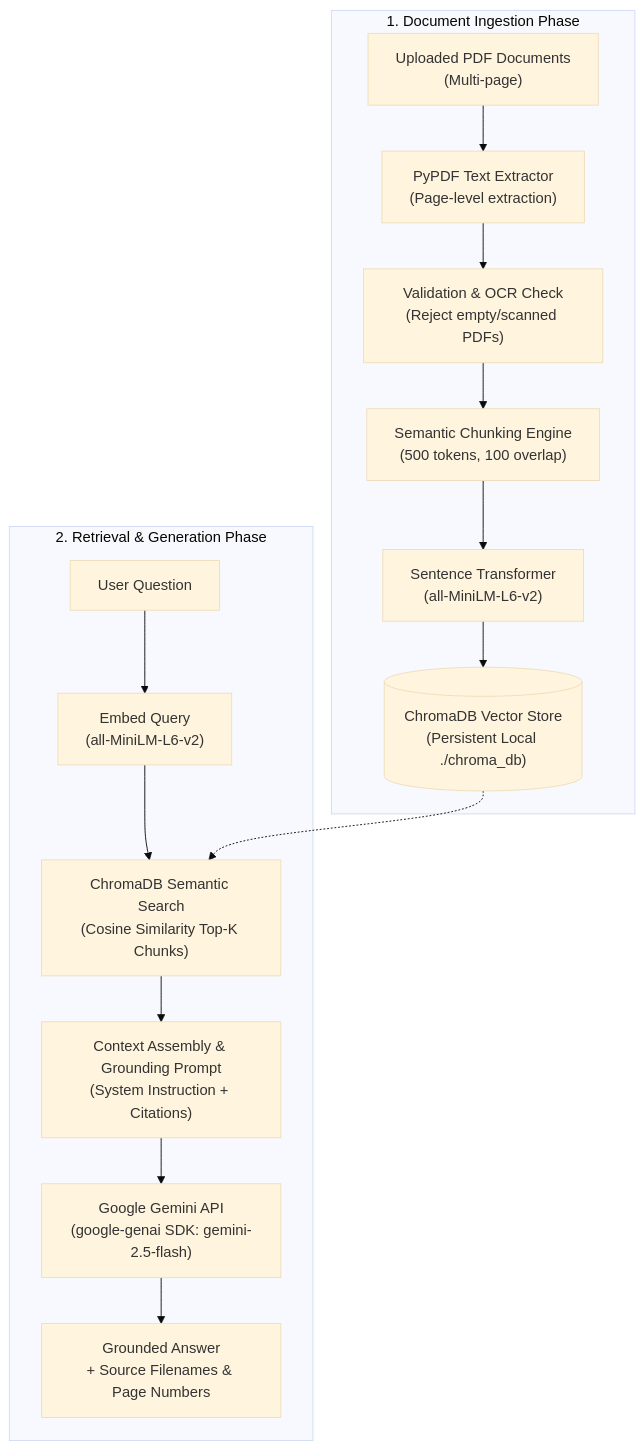
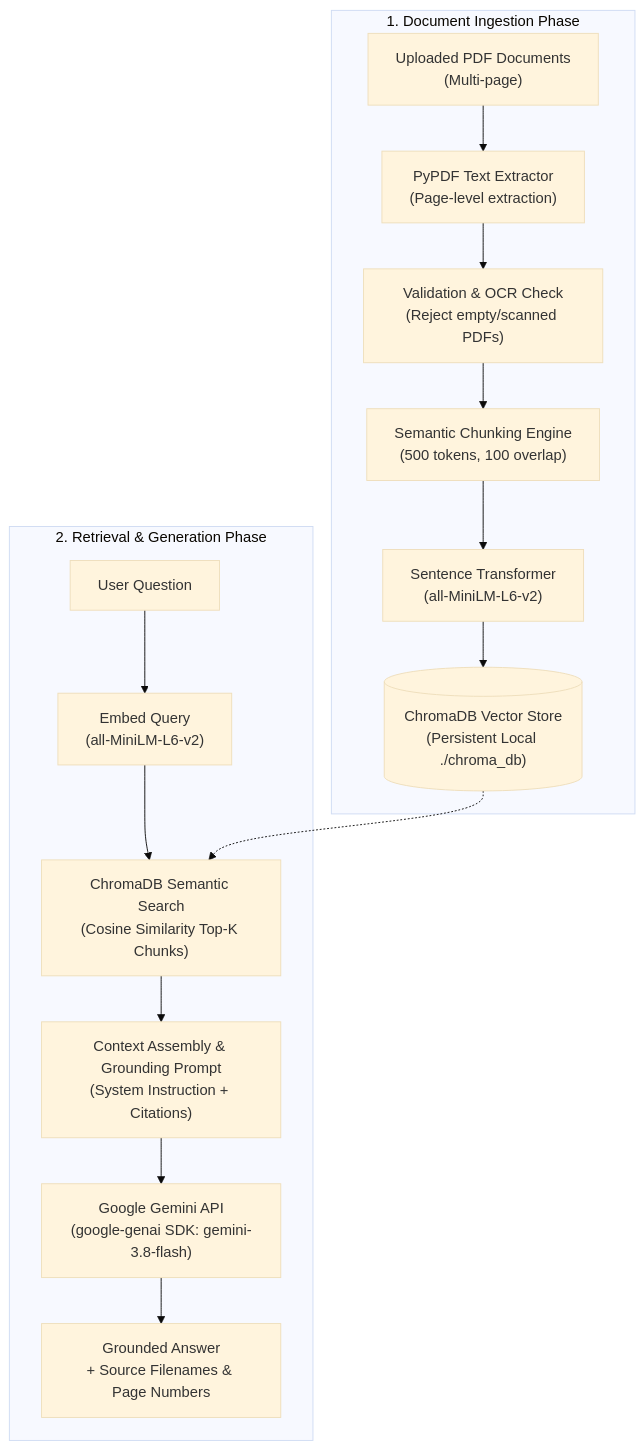
The diagram in README.md (lohithmallimpalli/RAG-Document-Chatbot), drawn with Mermaid (base theme) before and after one commit. The commit also changed other lines of this file and 3 other files, not shown here.

Commit message:
Update default Gemini model to gemini-3.8-flash with enhanced retry resilience

````diff
--- a/README.md
+++ b/README.md
@@ -76,19 +76,19 @@
 ```mermaid
 flowchart TD
     subgraph INGESTION["1. Document Ingestion Phase"]
         PDF["Uploaded PDF Documents\n(Multi-page)"] --> EXTRACT["PyPDF Text Extractor\n(Page-level extraction)"]
         EXTRACT --> VALIDATE["Validation & OCR Check\n(Reject empty/scanned PDFs)"]
         VALIDATE --> CHUNK["Semantic Chunking Engine\n(500 tokens, 100 overlap)"]
         CHUNK --> EMBED["Sentence Transformer\n(all-MiniLM-L6-v2)"]
         EMBED --> CHROMA[("ChromaDB Vector Store\n(Persistent Local ./chroma_db)")]
     end
 
     subgraph QUERY["2. Retrieval & Generation Phase"]
         USER_Q["User Question"] --> Q_EMBED["Embed Query\n(all-MiniLM-L6-v2)"]
         Q_EMBED --> RETRIEVE["ChromaDB Semantic Search\n(Cosine Similarity Top-K Chunks)"]
         CHROMA -.-> RETRIEVE
         RETRIEVE --> PROMPT["Context Assembly & Grounding Prompt\n(System Instruction + Citations)"]
-        PROMPT --> GEMINI["Google Gemini API\n(google-genai SDK: gemini-2.5-flash)"]
+        PROMPT --> GEMINI["Google Gemini API\n(google-genai SDK: gemini-3.8-flash)"]
         GEMINI --> ANSWER["Grounded Answer\n+ Source Filenames & Page Numbers"]
     end
 ```
````
